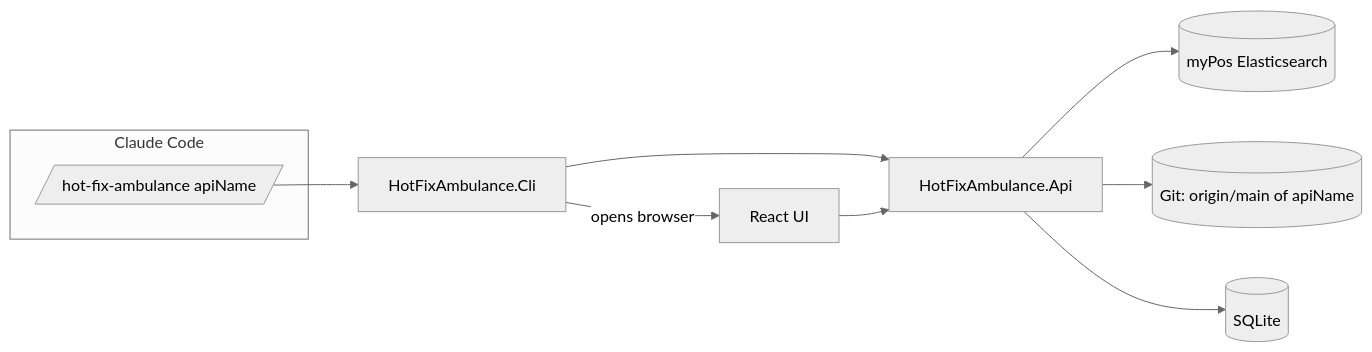
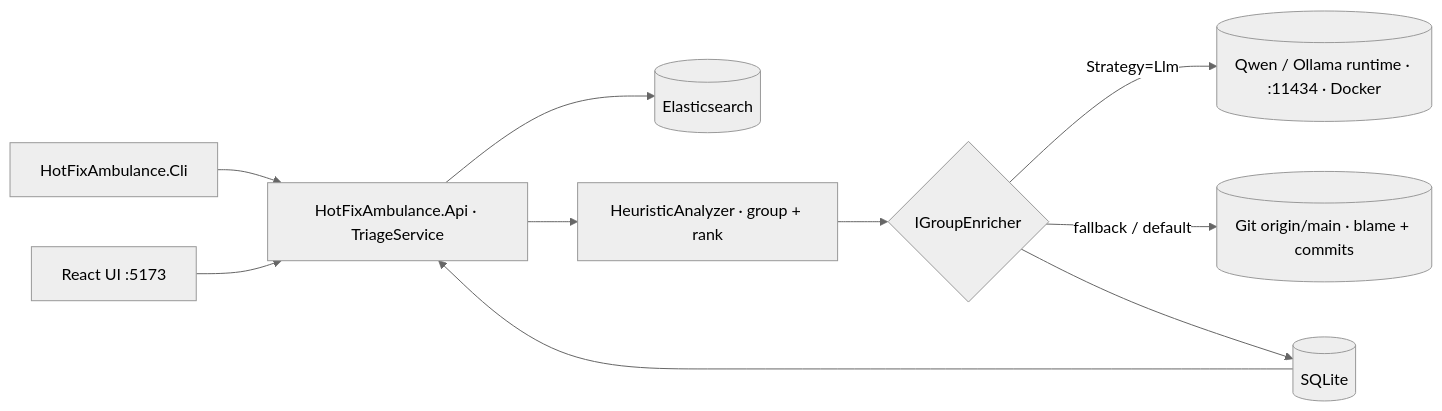
The diagram in README.md (donstany/HotFixAmbulance), drawn with Mermaid (neutral theme) before and after one commit. The commit also changed other lines of this file and 4 other files, not shown here.

First line of the commit message:
docs: refresh README files for the Qwen LLM workflow

````diff
--- a/README.md
+++ b/README.md
@@ -34,13 +50,12 @@
 ```mermaid
 flowchart LR
-    subgraph ClaudeCode[Claude Code]
-        SC[/hot-fix-ambulance apiName/]
-    end
-    SC --> CLI[HotFixAmbulance.Cli]
-    CLI --> API[HotFixAmbulance.Api]
-    API --> Elastic[(myPos Elasticsearch)]
-    API --> Git[(Git: origin/main of apiName)]
-    API --> DB[(SQLite)]
-    CLI -->|opens browser| UI[React UI]
-    UI --> API
+    CLI[HotFixAmbulance.Cli] --> API[HotFixAmbulance.Api · TriageService]
+    UI[React UI :5173] --> API
+    API --> Elastic[(Elasticsearch)]
+    API --> Analyze[HeuristicAnalyzer · group + rank]
+    Analyze --> Enrich{IGroupEnricher}
+    Enrich -->|Strategy=Llm| Qwen[(Qwen / Ollama runtime · :11434 · Docker)]
+    Enrich -->|fallback / default| Git[(Git origin/main · blame + commits)]
+    Enrich --> DB[(SQLite)]
+    DB --> API
 ```
````
